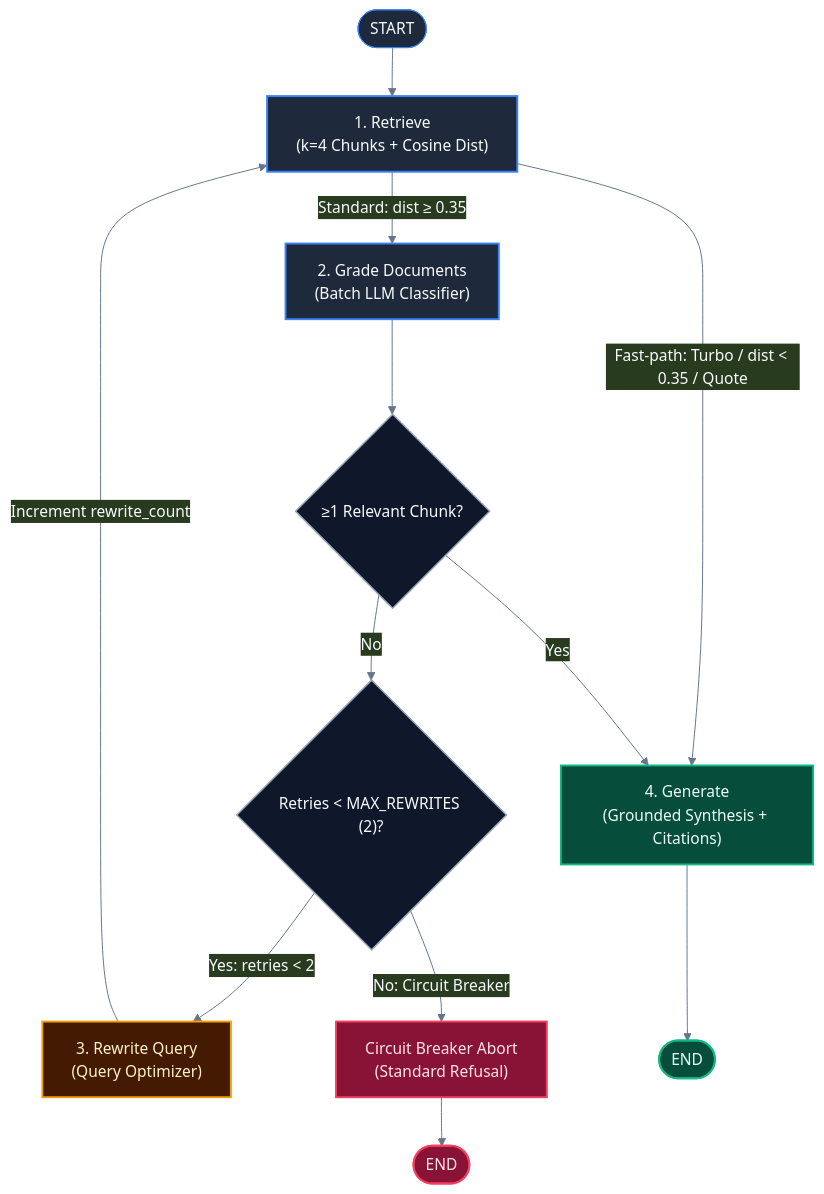
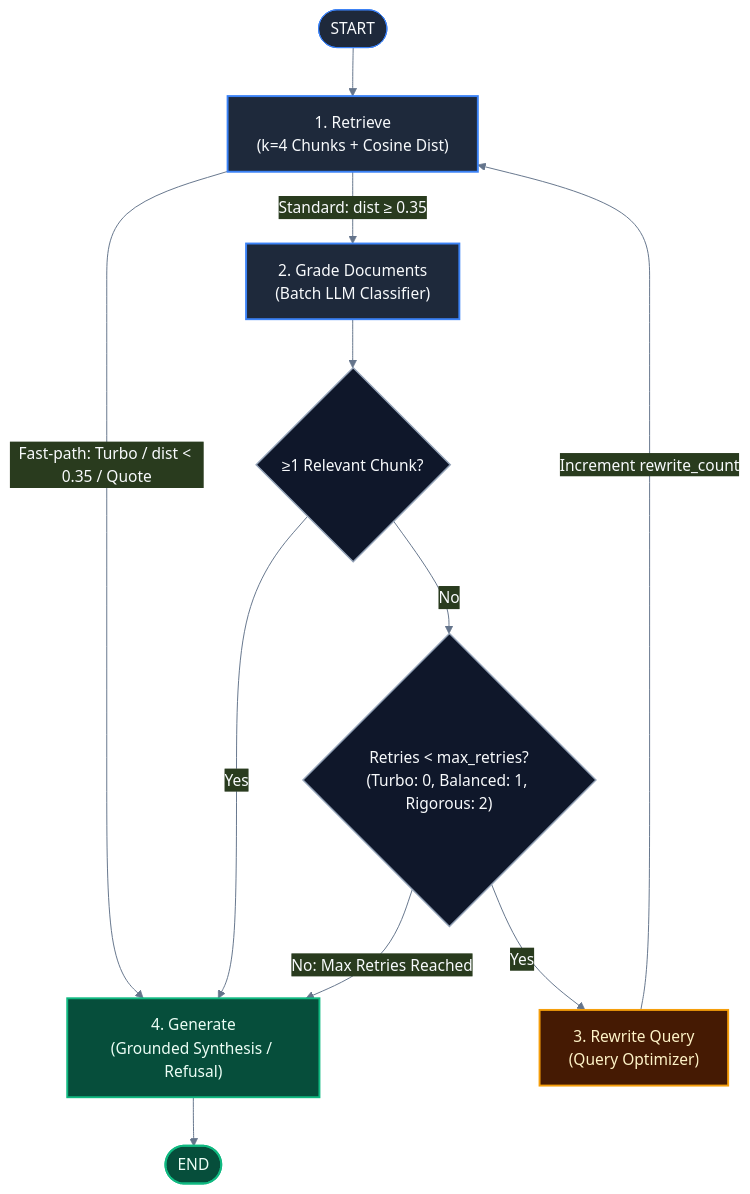
Before and after one commit to nmhiremath/PodSeek: the diagram in docs/design/orchestration-and-control-flow.md, drawn with Mermaid. The commit also changed other lines of this file and 30 other files, not shown here.

Commit message:
docs: correct overclaims, commit attributions, and diagram routing

````diff
--- a/docs/design/orchestration-and-control-flow.md
+++ b/docs/design/orchestration-and-control-flow.md
@@ -9,37 +9,35 @@
 ```mermaid
 ---
 config:
   theme: base
   themeVariables:
     fontFamily: "Inter, ui-sans-serif, system-ui"
     primaryColor: "#1E293B"
     primaryTextColor: "#F8FAFC"
     primaryBorderColor: "#3B82F6"
     lineColor: "#64748B"
 ---
 flowchart TD
     classDef agent fill:#1E293B,stroke:#3B82F6,stroke-width:2px,color:#F8FAFC
     classDef fastpath fill:#0F172A,stroke:#38BDF8,stroke-width:2px,stroke-dasharray: 4 4,color:#38BDF8
     classDef rewrite fill:#451A03,stroke:#F59E0B,stroke-width:2px,color:#FEF3C7
     classDef success fill:#064E3B,stroke:#10B981,stroke-width:2px,color:#ECFDF5
-    classDef refusal fill:#881337,stroke:#F43F5E,stroke-width:2px,color:#FFE4E6
     classDef router fill:#0F172A,stroke:#94A3B8,stroke-width:1.5px,color:#F8FAFC
 
     START([START]) --> retrieve["1. Retrieve<br/>(k=4 Chunks + Cosine Dist)"]:::agent
 
-    retrieve -->|Fast-path: Turbo / dist < 0.35 / Quote| generate["4. Generate<br/>(Grounded Synthesis + Citations)"]:::success
+    retrieve -->|Fast-path: Turbo / dist < 0.35 / Quote| generate["4. Generate<br/>(Grounded Synthesis / Refusal)"]:::success
     retrieve -->|Standard: dist ≥ 0.35| grade["2. Grade Documents<br/>(Batch LLM Classifier)"]:::agent
 
     grade --> checkValid{"≥1 Relevant Chunk?"}:::router
 
     checkValid -->|Yes| generate
-    checkValid -->|No| checkRetries{"Retries < MAX_REWRITES (2)?"}:::router
+    checkValid -->|No| checkRetries{"Retries < max_retries?<br/>(Turbo: 0, Balanced: 1, Rigorous: 2)"}:::router
 
-    checkRetries -->|Yes: retries < 2| rewrite["3. Rewrite Query<br/>(Query Optimizer)"]:::rewrite
+    checkRetries -->|Yes| rewrite["3. Rewrite Query<br/>(Query Optimizer)"]:::rewrite
     rewrite -->|Increment rewrite_count| retrieve
 
-    checkRetries -->|No: Circuit Breaker| refuse["Circuit Breaker Abort<br/>(Standard Refusal)"]:::refusal
+    checkRetries -->|No: Max Retries Reached| generate
 
     generate --> END_OK([END]):::success
-    refuse --> END_REFUSE([END]):::refusal
 ```
````
